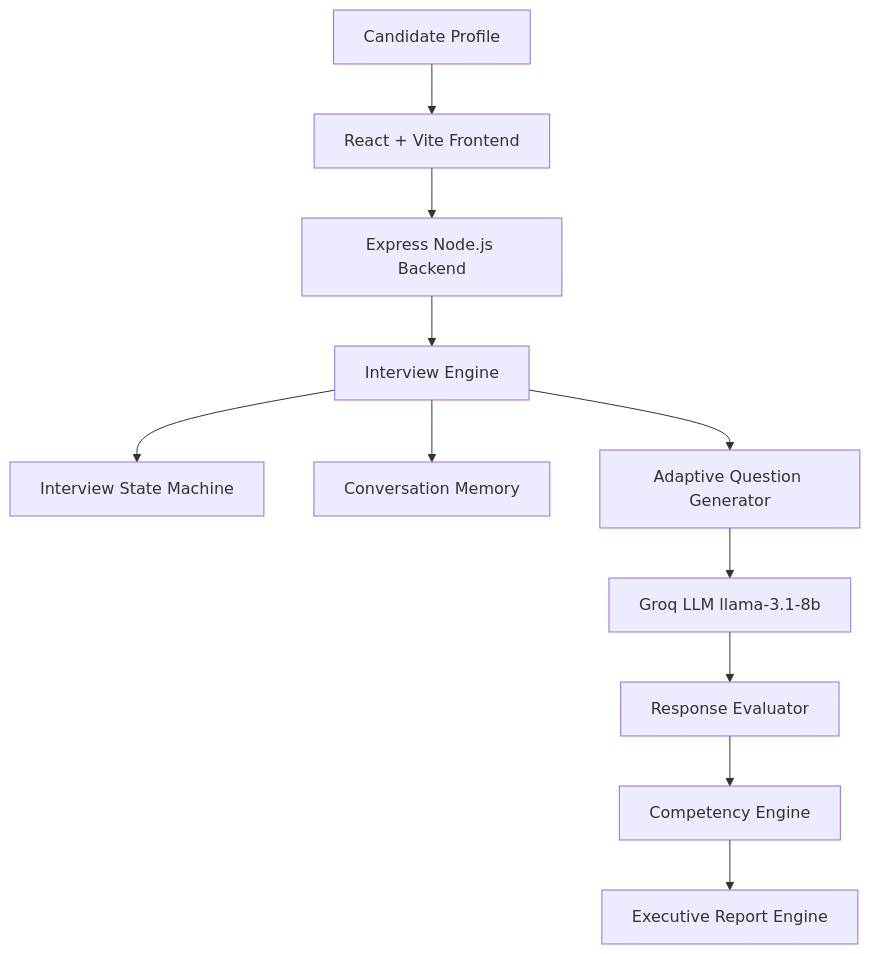
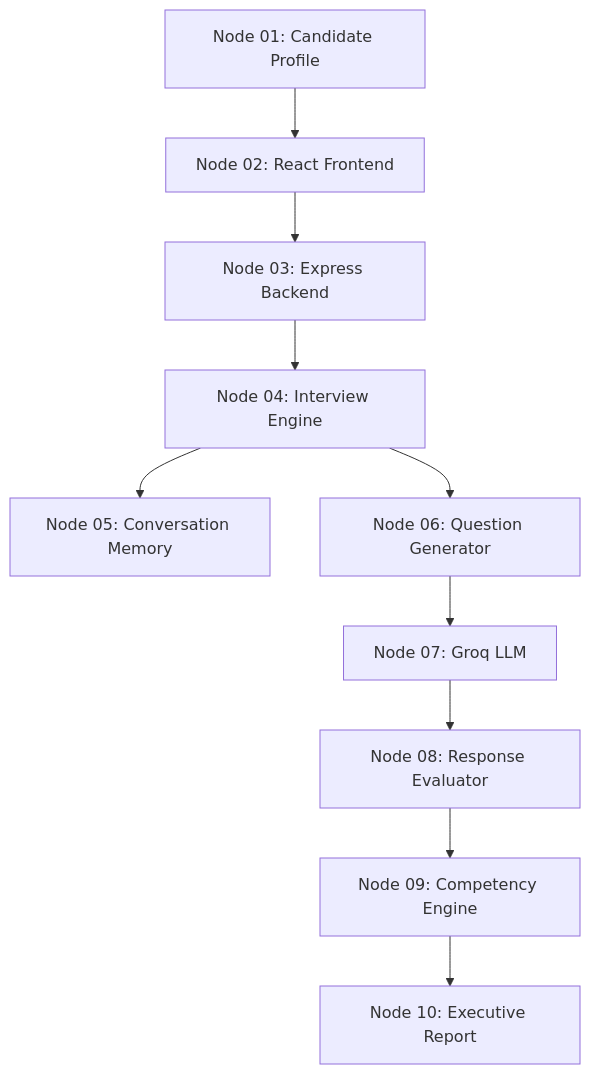
Before and after one commit to jaibaranwal/interview-os: the second of 2 diagrams in README.md, drawn with Mermaid. The commit also changed other lines of this file and 7 other files, not shown here.

Commit message:
docs(interview-os): update README.md with latest application screenshots, dynamic length specs, and final hackathon architecture

````diff
--- a/README.md
+++ b/README.md
@@ -13,13 +106,12 @@
 ```mermaid
 flowchart TD
-    A[Candidate Profile] --> B[React + Vite Frontend]
-    B --> C[Express Node.js Backend]
-    C --> D[Interview Engine]
-    D --> E[Interview State Machine]
-    D --> F[Conversation Memory]
-    D --> G[Adaptive Question Generator]
-    G --> H[Groq LLM llama-3.1-8b]
-    H --> I[Response Evaluator]
-    I --> J[Competency Engine]
-    J --> K[Executive Report Engine]
+    Node01[Node 01: Candidate Profile] --> Node02[Node 02: React Frontend]
+    Node02 --> Node03[Node 03: Express Backend]
+    Node03 --> Node04[Node 04: Interview Engine]
+    Node04 --> Node05[Node 05: Conversation Memory]
+    Node04 --> Node06[Node 06: Question Generator]
+    Node06 --> Node07[Node 07: Groq LLM]
+    Node07 --> Node08[Node 08: Response Evaluator]
+    Node08 --> Node09[Node 09: Competency Engine]
+    Node09 --> Node10[Node 10: Executive Report]
 ```
````
